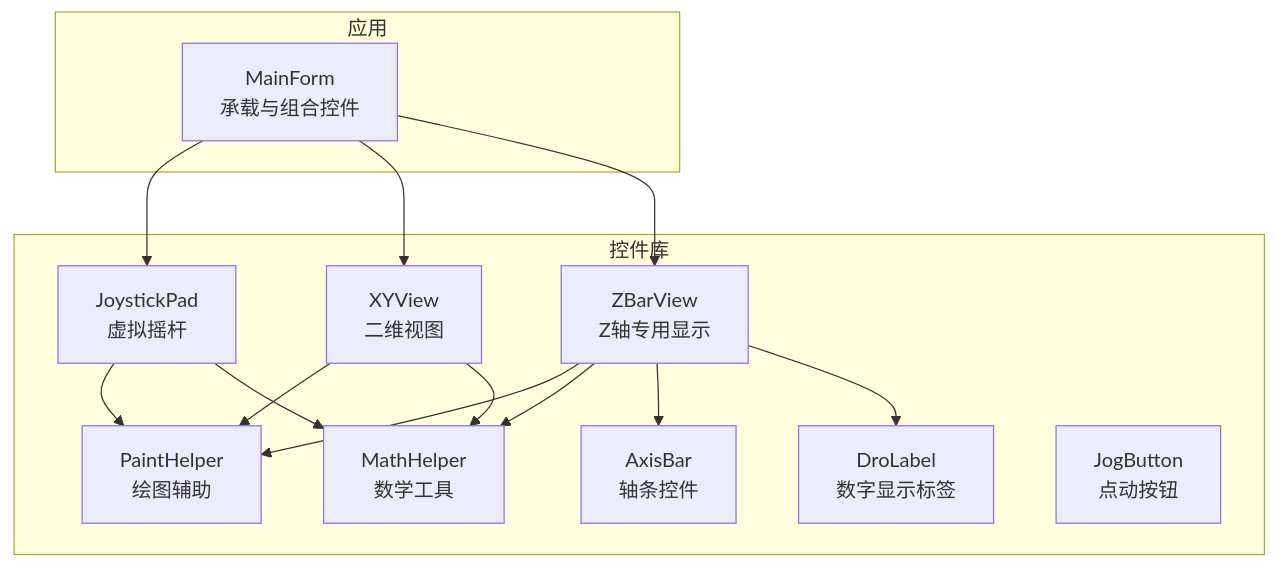
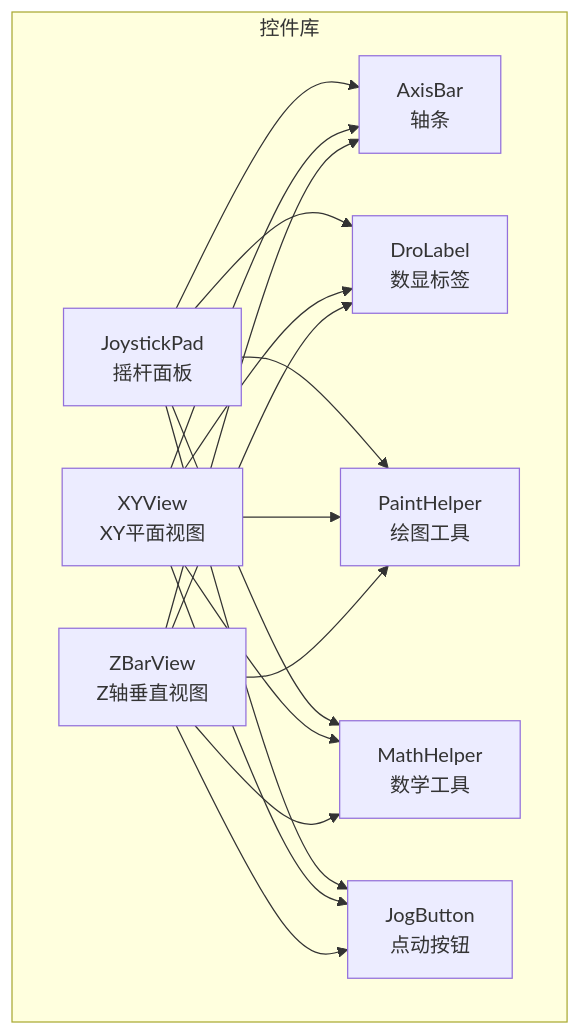
One commit to fuweiq94-cloud/3399180760 changed the first of 6 diagrams in .qoder/repowiki/zh/content/自定义控件库/高级控件.md. Above: the diagram before and after it, drawn with Mermaid. The commit also changed other lines of this file and 94 other files, not shown here.

````diff
--- a/.qoder/repowiki/zh/content/自定义控件库/高级控件.md
+++ b/.qoder/repowiki/zh/content/自定义控件库/高级控件.md
@@ -42,27 +38,28 @@
 ```mermaid
 graph TB
-subgraph "应用"
-MainForm["MainForm<br/>承载与组合控件"]
+subgraph "控件库"
+JP["JoystickPad<br/>摇杆面板"]
+XY["XYView<br/>XY平面视图"]
+ZB["ZBarView<br/>Z轴垂直视图"]
+AB["AxisBar<br/>轴条"]
+DL["DroLabel<br/>数显标签"]
+JB["JogButton<br/>点动按钮"]
+PH["PaintHelper<br/>绘图工具"]
+MH["MathHelper<br/>数学工具"]
 end
-subgraph "控件库"
-JoystickPad["JoystickPad<br/>虚拟摇杆"]
-XYView["XYView<br/>二维视图"]
-ZBarView["ZBarView<br/>Z轴专用显示"]
-AxisBar["AxisBar<br/>轴条控件"]
-PaintHelper["PaintHelper<br/>绘图辅助"]
-MathHelper["MathHelper<br/>数学工具"]
-DroLabel["DroLabel<br/>数字显示标签"]
-JogButton["JogButton<br/>点动按钮"]
-end
-MainForm --> JoystickPad
-MainForm --> XYView
-MainForm --> ZBarView
-JoystickPad --> PaintHelper
-JoystickPad --> MathHelper
-XYView --> PaintHelper
-XYView --> MathHelper
-ZBarView --> PaintHelper
-ZBarView --> MathHelper
-ZBarView --> AxisBar
-ZBarView --> DroLabel
+JP --> AB
+JP --> DL
+JP --> PH
+JP --> MH
+XY --> AB
+XY --> DL
+XY --> PH
+XY --> MH
+ZB --> AB
+ZB --> DL
+ZB --> PH
+ZB --> MH
+JP --> JB
+XY --> JB
+ZB --> JB
 ```
````
